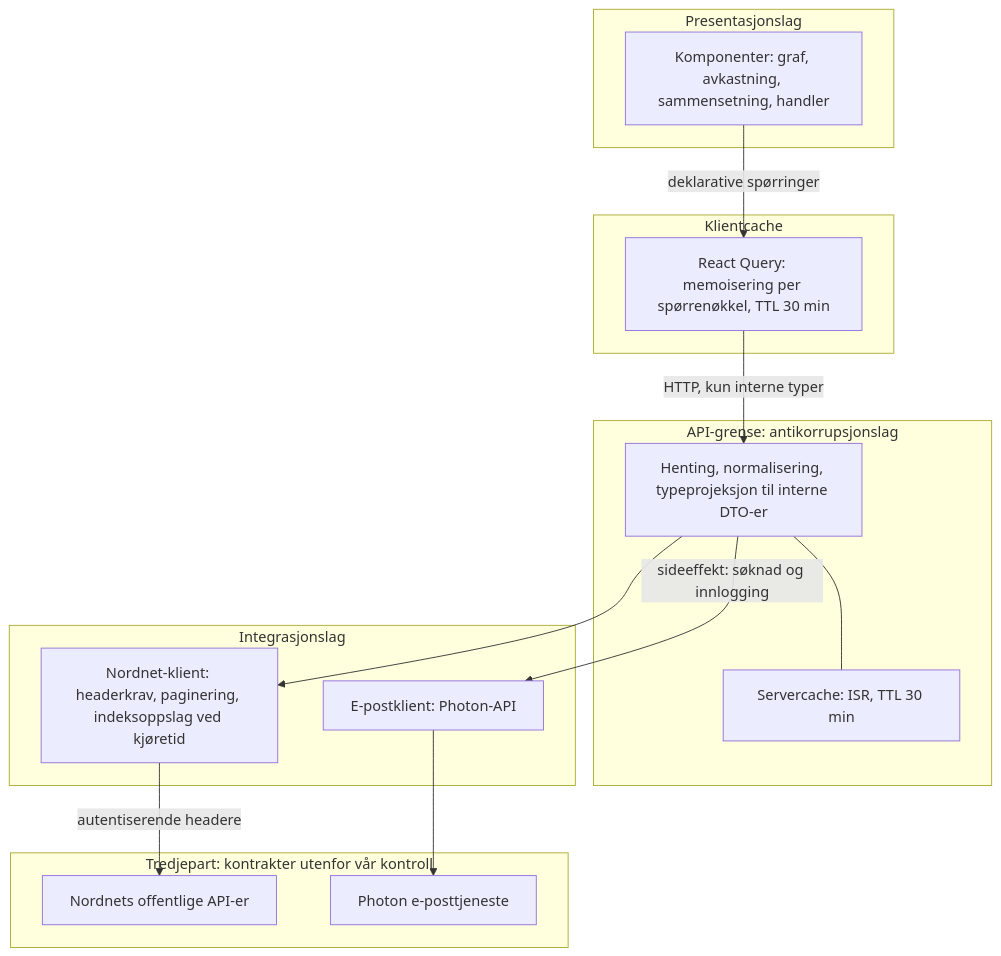
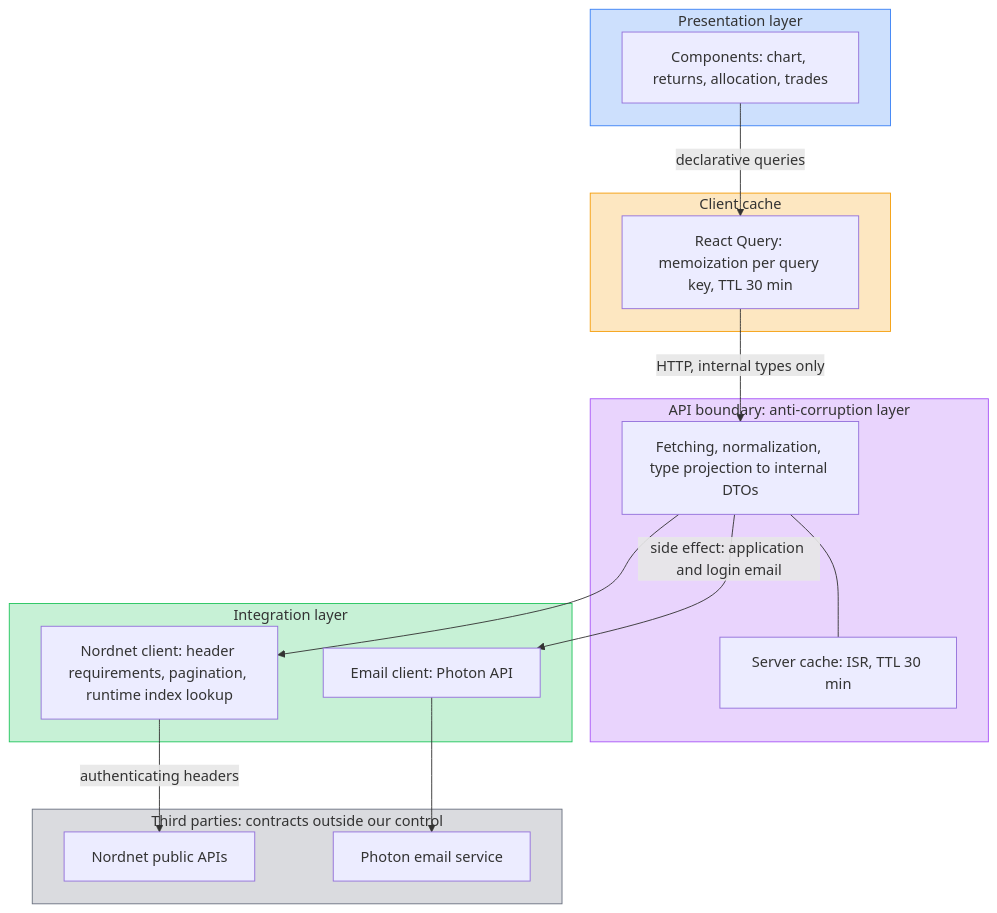
Before and after one commit to TIHLDE/Fondet: the third of 6 diagrams in README.md, drawn with Mermaid. The commit also changed other lines of this file, not shown here.

Commit message:
docs: translate README diagrams to English and add semantic colors

````diff
--- a/README.md
+++ b/README.md
@@ -102,26 +112,36 @@
 ```mermaid
 flowchart TB
-    subgraph P [Presentasjonslag]
-        UI[Komponenter: graf, avkastning, sammensetning, handler]
+    subgraph P [Presentation layer]
+        UI[Components: chart, returns, allocation, trades]
     end
-    subgraph K [Klientcache]
-        RQ[React Query: memoisering per spørrenøkkel, TTL 30 min]
+    subgraph K [Client cache]
+        RQ[React Query: memoization per query key, TTL 30 min]
     end
-    subgraph G [API-grense: antikorrupsjonslag]
-        API[Henting, normalisering, typeprojeksjon til interne DTO-er]
-        ISR[Servercache: ISR, TTL 30 min]
+    subgraph G [API boundary: anti-corruption layer]
+        API[Fetching, normalization, type projection to internal DTOs]
+        ISR[Server cache: ISR, TTL 30 min]
     end
-    subgraph I [Integrasjonslag]
-        NC[Nordnet-klient: headerkrav, paginering, indeksoppslag ved kjøretid]
-        EC[E-postklient: Photon-API]
+    subgraph I [Integration layer]
+        NC[Nordnet client: header requirements, pagination, runtime index lookup]
+        EC[Email client: Photon API]
     end
-    subgraph T [Tredjepart: kontrakter utenfor vår kontroll]
-        NN[Nordnets offentlige API-er]
-        PH[Photon e-posttjeneste]
+    subgraph T [Third parties: contracts outside our control]
+        NN[Nordnet public APIs]
+        PH[Photon email service]
     end
-    UI -->|deklarative spørringer| RQ
-    RQ -->|HTTP, kun interne typer| API
+    UI -->|declarative queries| RQ
+    RQ -->|HTTP, internal types only| API
     API --- ISR
-    API --> NC -->|autentiserende headere| NN
-    API -->|sideeffekt: søknad og innlogging| EC --> PH
+    API --> NC -->|authenticating headers| NN
+    API -->|side effect: application and login email| EC --> PH
+    classDef pres fill:#3b82f640,stroke:#3b82f6
+    classDef cache fill:#f59e0b40,stroke:#f59e0b
+    classDef boundary fill:#a855f740,stroke:#a855f7
+    classDef integ fill:#22c55e40,stroke:#22c55e
+    classDef third fill:#6b728040,stroke:#6b7280
+    class P pres
+    class K cache
+    class G boundary
+    class I integ
+    class T third
 ```
````
